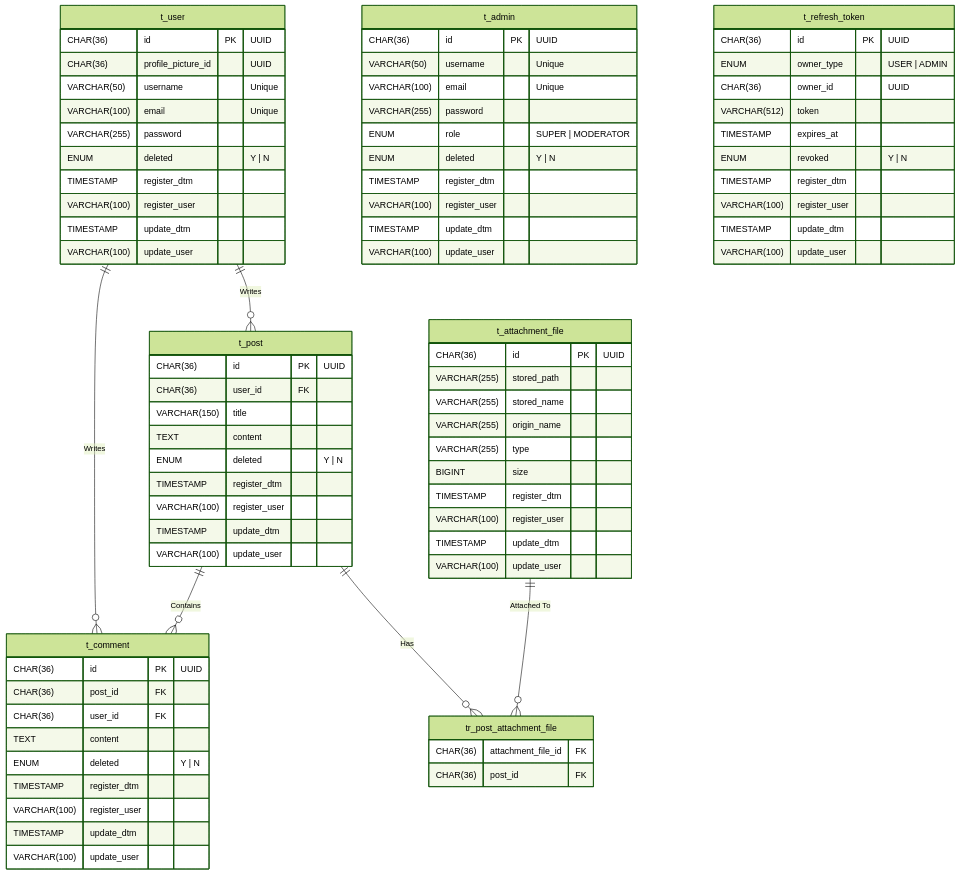
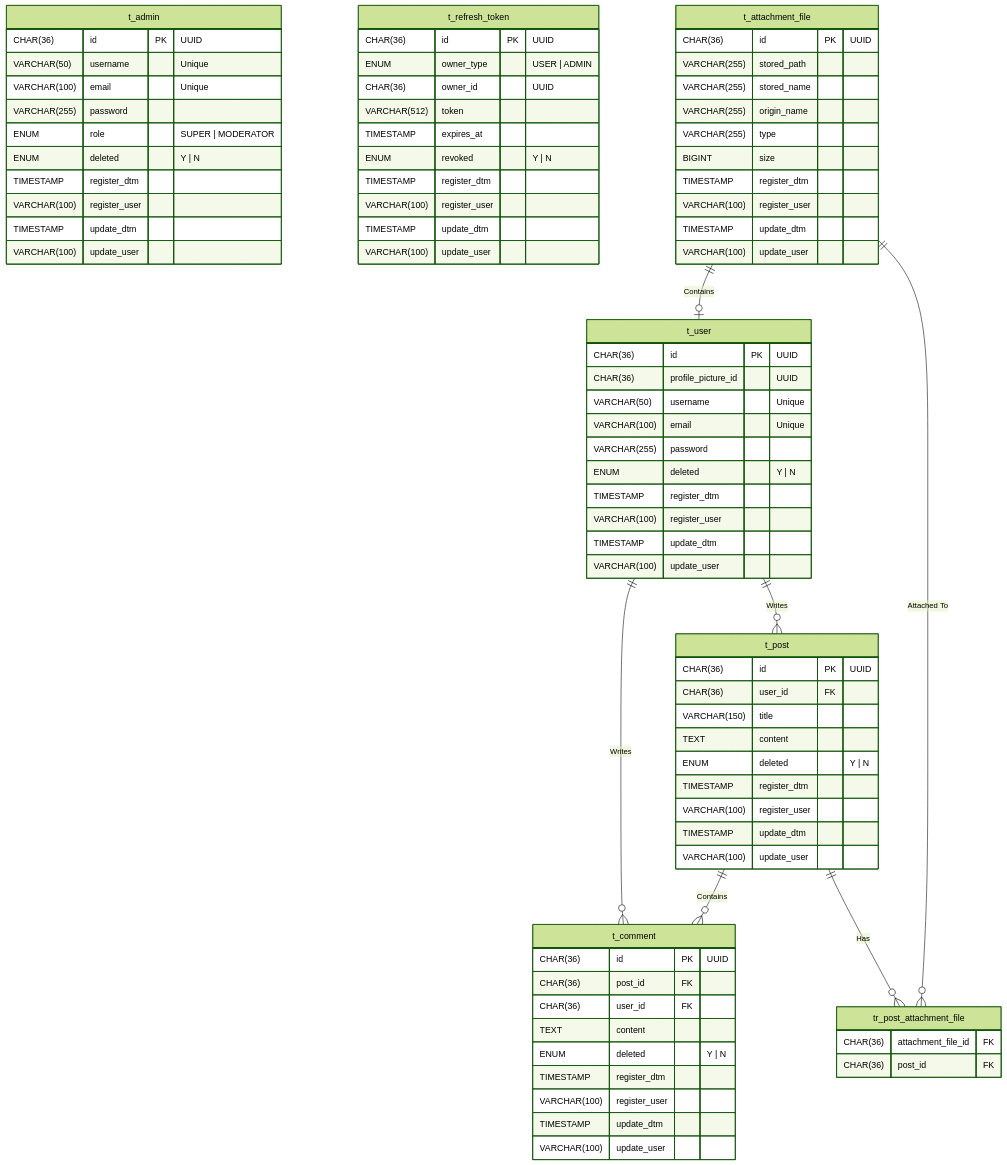
The diagram in ERD.md (MarshmallowShadow/marsh-sql), drawn with Mermaid (forest theme) before and after one commit.

Commit message:
Fix: 첨부파일 ERD 관계 추가

```diff
--- a/ERD.md
+++ b/ERD.md
@@ -82,6 +82,7 @@
     CHAR(36) post_id FK
   }
 
+  t_attachment_file ||--o| t_user : "Contains"
   t_user ||--o{ t_post : "Writes"
   t_user ||--o{ t_comment : "Writes"
   t_post ||--o{ t_comment : "Contains"
```
